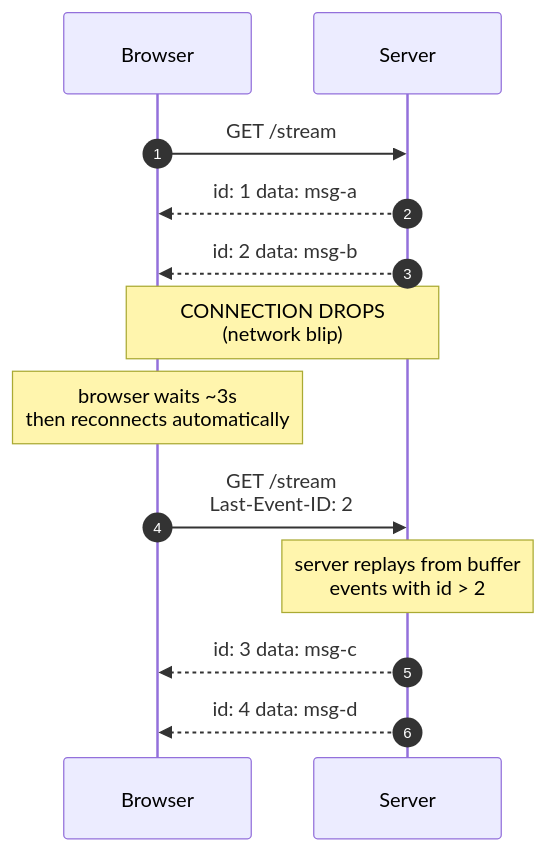
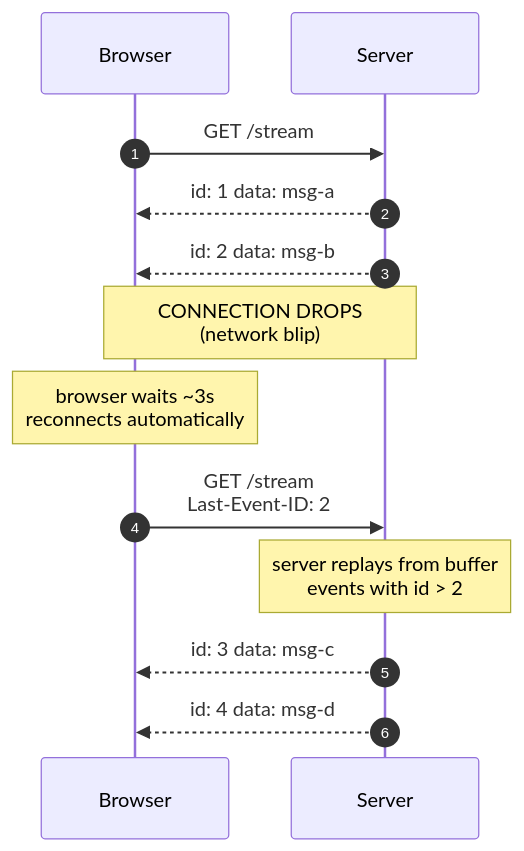
One commit to fnusatvik07/real-time-events changed the second of 2 diagrams in concepts/04_sse.md. Above: the diagram before and after it, drawn with Mermaid. The commit also changed other lines of this file and 7 other files, not shown here.

````diff
--- a/concepts/04_sse.md
+++ b/concepts/04_sse.md
@@ -164,15 +314,15 @@
 ```mermaid
 sequenceDiagram
     autonumber
     participant C as Browser
     participant S as Server
     C->>S: GET /stream
     S-->>C: id: 1  data: msg-a
     S-->>C: id: 2  data: msg-b
     Note over C,S: CONNECTION DROPS<br/>(network blip)
-    Note over C: browser waits ~3s<br/>then reconnects automatically
+    Note over C: browser waits ~3s<br/>reconnects automatically
     C->>S: GET /stream<br/>Last-Event-ID: 2
     Note over S: server replays from buffer<br/>events with id > 2
     S-->>C: id: 3  data: msg-c
     S-->>C: id: 4  data: msg-d
 ```
````
